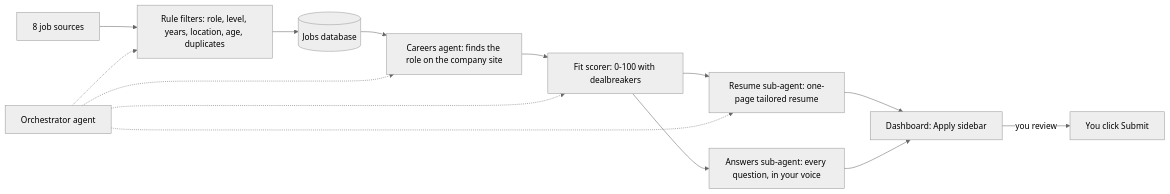
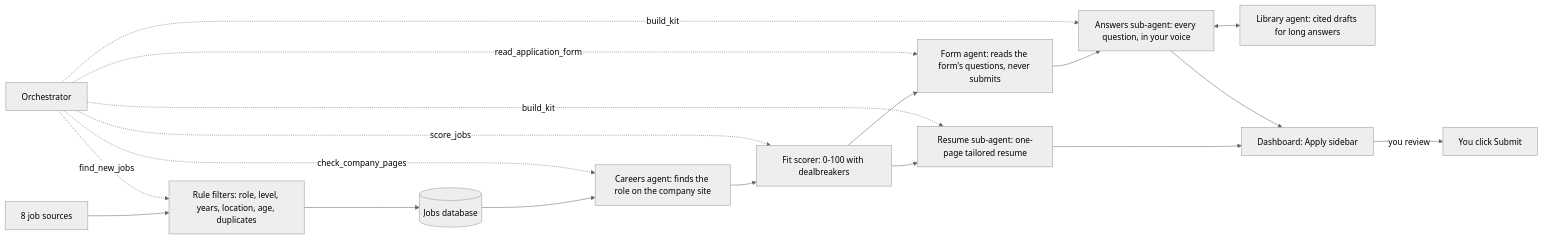
Before and after one commit to armita-jamshidi/Apply_Auto: the diagram in README.md, drawn with Mermaid (neutral theme). The commit also changed other lines of this file, not shown here.

Commit message:
Show all seven agents in the README diagram
Add the form agent and the library agent, use the table's titles, and
draw the orchestrator's dotted edges from the tools it actually exposes,
including read_application_form and build_kit.

Claude-Session: https://claude.ai/code/session_01MF45NqWsZeYTaa4X77exr2

````diff
--- a/README.md
+++ b/README.md
@@ -46,16 +46,20 @@
 ```mermaid
 flowchart LR
     C[8 job sources] --> F[Rule filters: role, level, years, location, age, duplicates]
     F --> D[(Jobs database)]
     D --> K[Careers agent: finds the role on the company site]
     K --> S[Fit scorer: 0-100 with dealbreakers]
+    S --> FA[Form agent: reads the form's questions, never submits]
     S --> R[Resume sub-agent: one-page tailored resume]
-    S --> A[Answers sub-agent: every question, in your voice]
+    FA --> A[Answers sub-agent: every question, in your voice]
+    A <--> L[Library agent: cited drafts for long answers]
     R --> B[Dashboard: Apply sidebar]
     A --> B
-    O[Orchestrator agent] -.-> F
-    O -.-> K
-    O -.-> S
-    O -.-> R
+    O[Orchestrator] -.->|find_new_jobs| F
+    O -.->|check_company_pages| K
+    O -.->|score_jobs| S
+    O -.->|read_application_form| FA
+    O -.->|build_kit| R
+    O -.->|build_kit| A
     B -->|you review| H[You click Submit]
 ```
````
